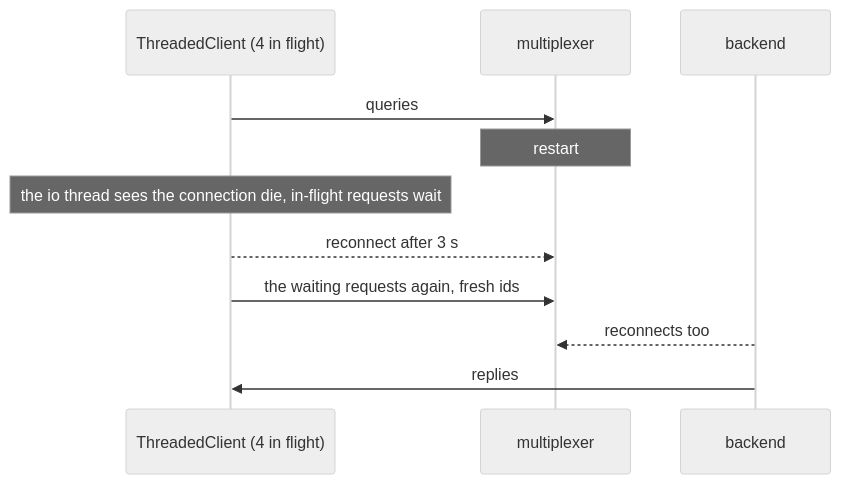
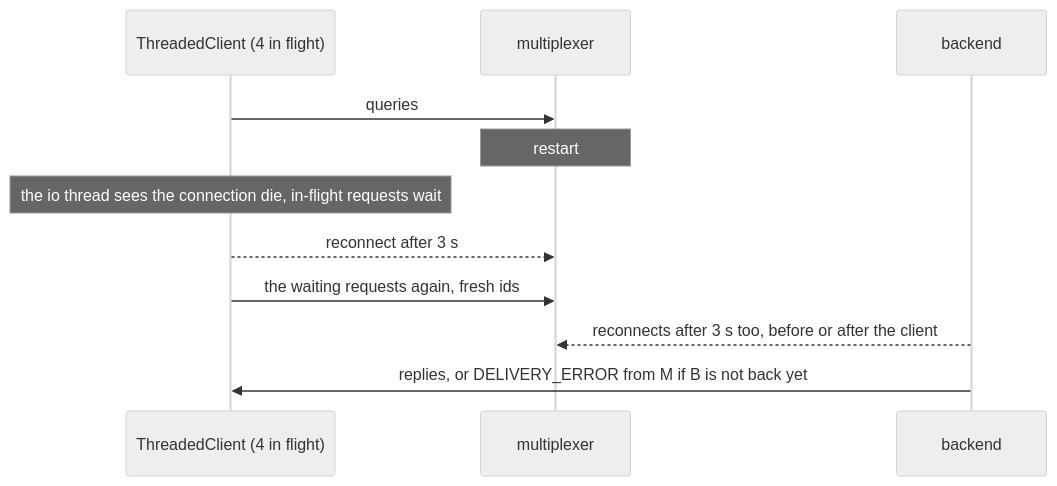
Before and after one commit to kulewski/multiplexer: the diagram in tests/scenarios/threaded_mx_restarts/README.md, drawn with Mermaid (neutral theme). The commit also changed other lines of this file and 19 other files, not shown here.

````diff
--- a/tests/scenarios/threaded_mx_restarts/README.md
+++ b/tests/scenarios/threaded_mx_restarts/README.md
@@ -11,13 +16,13 @@
 ```mermaid
 sequenceDiagram
     participant C as ThreadedClient (4 in flight)
     participant M as multiplexer
     participant B as backend
     C->>M: queries
     Note over M: restart
     Note over C: the io thread sees the connection die, in-flight requests wait
     C-->>M: reconnect after 3 s
     C->>M: the waiting requests again, fresh ids
-    B-->>M: reconnects too
-    B->>C: replies
+    B-->>M: reconnects after 3 s too, before or after the client
+    B->>C: replies, or DELIVERY_ERROR from M if B is not back yet
 ```
````
